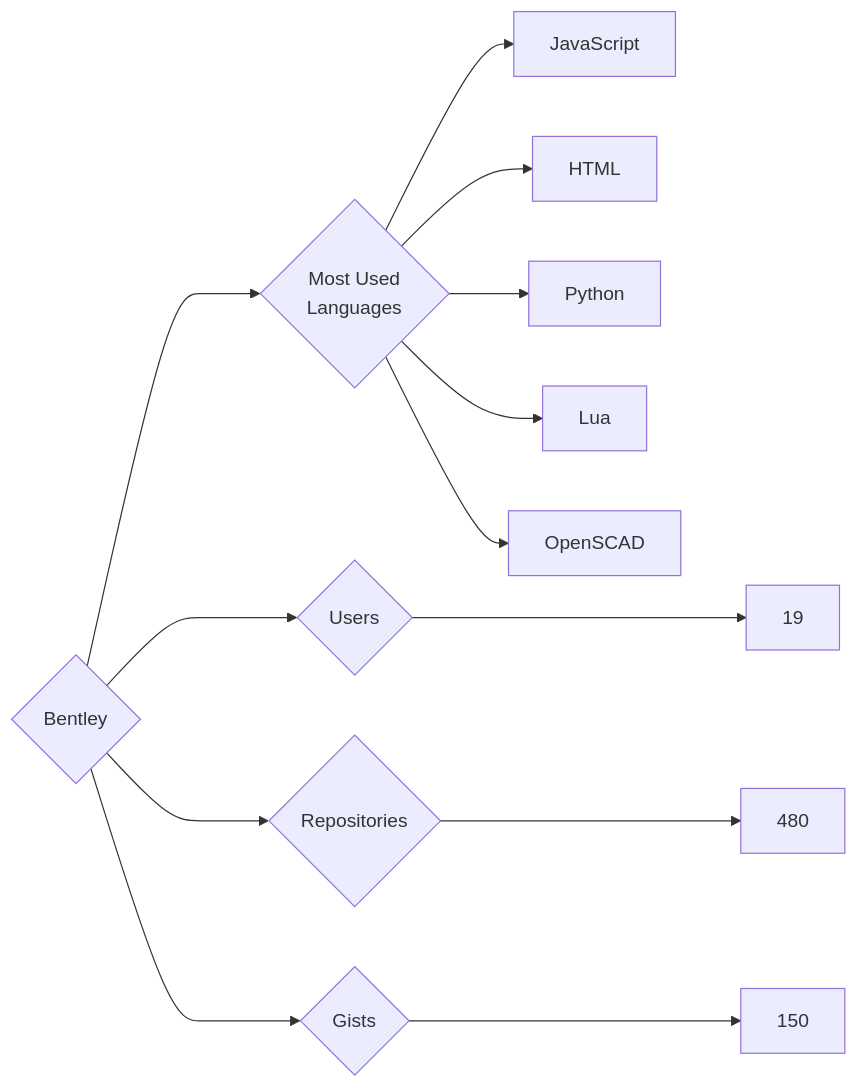
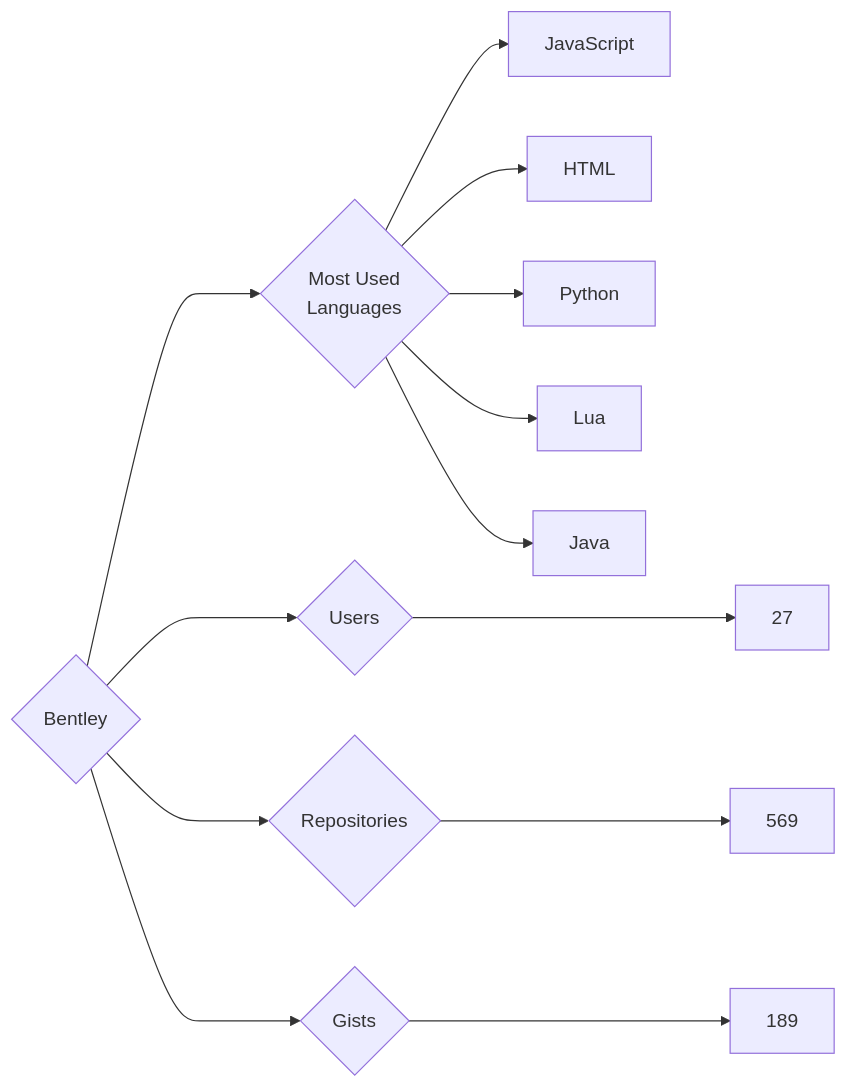
The diagram in targets/Bentley/README.md (trickest/insiders), drawn with Mermaid before and after one commit. The commit also changed 682 other files, not shown here.

````diff
--- a/targets/Bentley/README.md
+++ b/targets/Bentley/README.md
@@ -3,13 +3,13 @@
 ```mermaid
 graph LR
 COMPANY_NAME{Bentley}
-COMPANY_NAME ---> U{Users} ---> UN[19]
-COMPANY_NAME ---> R{Repositories} ---> RN[480]
-COMPANY_NAME ---> G{Gists} ---> GN[150]
+COMPANY_NAME ---> U{Users} ---> UN[27]
+COMPANY_NAME ---> R{Repositories} ---> RN[569]
+COMPANY_NAME ---> G{Gists} ---> GN[189]
 COMPANY_NAME ---> ML{Most Used<br>Languages}
 ML --> JavaScript[JavaScript]
 ML --> HTML[HTML]
 ML --> Python[Python]
 ML --> Lua[Lua]
-ML --> OpenSCAD[OpenSCAD]
+ML --> Java[Java]
 ```
````
